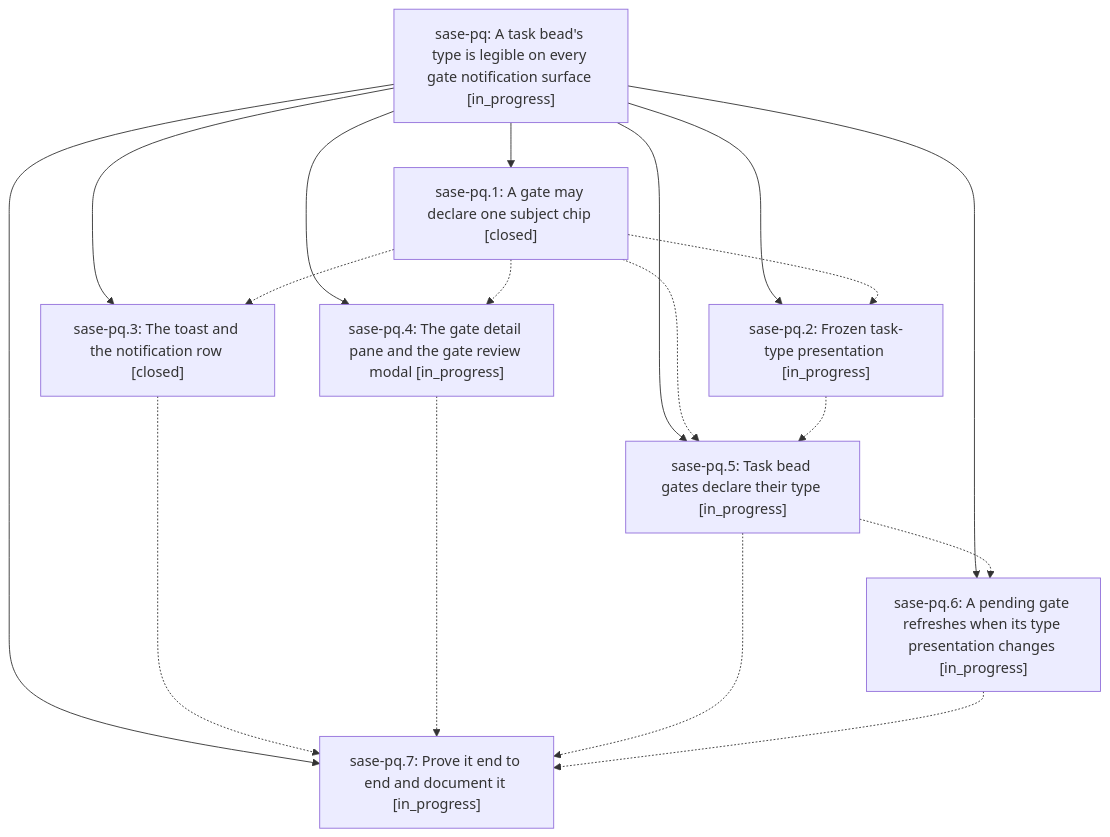
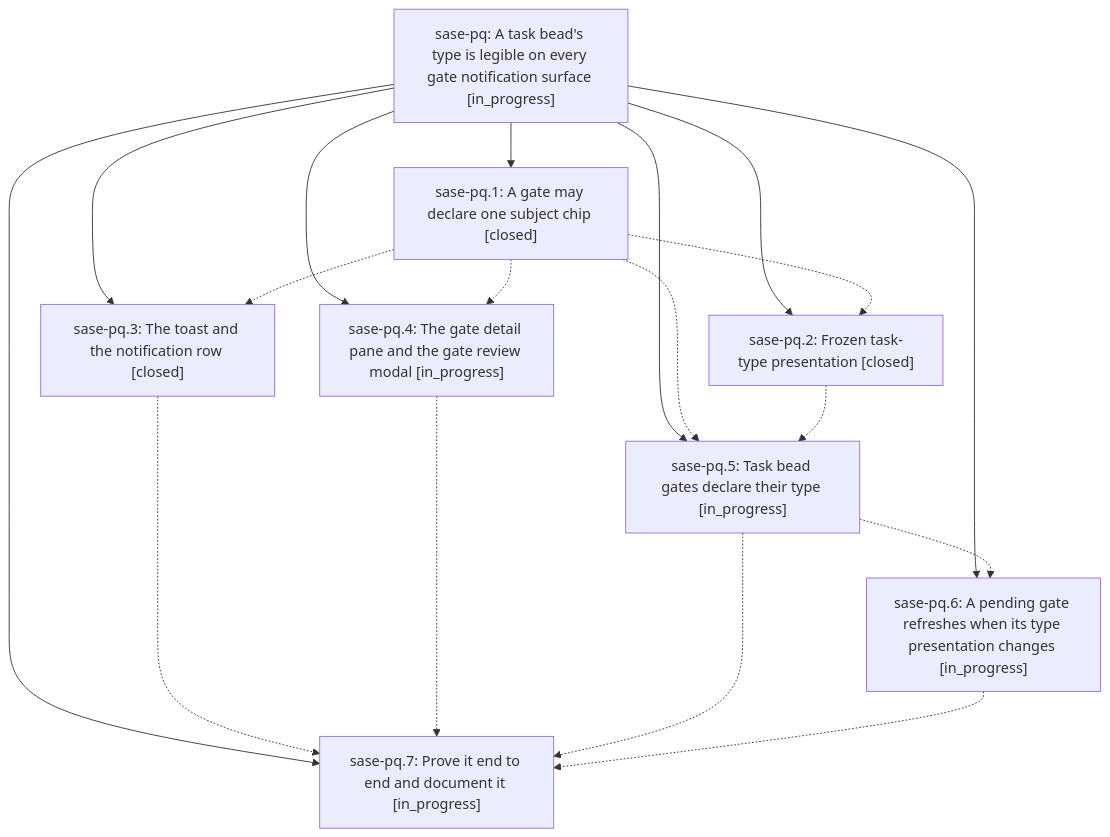
The diagram in pages/sase-pq/README.md (sase-org/sase--beads), drawn with Mermaid before and after one commit. The commit also changed other lines of this file and 3 other files, not shown here.

````diff
--- a/pages/sase-pq/README.md
+++ b/pages/sase-pq/README.md
@@ -28,28 +28,28 @@
 ```mermaid
 flowchart TD
     n0["sase-pq: A task bead's type is legible on every gate notification surface [in_progress]"]
     n1["sase-pq.1: A gate may declare one subject chip [closed]"]
-    n2["sase-pq.2: Frozen task-type presentation [in_progress]"]
+    n2["sase-pq.2: Frozen task-type presentation [closed]"]
     n3["sase-pq.3: The toast and the notification row [closed]"]
     n4["sase-pq.4: The gate detail pane and the gate review modal [in_progress]"]
     n5["sase-pq.5: Task bead gates declare their type [in_progress]"]
     n6["sase-pq.6: A pending gate refreshes when its type presentation changes [in_progress]"]
     n7["sase-pq.7: Prove it end to end and document it [in_progress]"]
     n0 --> n1
     n0 --> n2
     n0 --> n3
     n0 --> n4
     n0 --> n5
     n0 --> n6
     n0 --> n7
     n1 -.-> n2
     n1 -.-> n3
     n1 -.-> n4
     n1 -.-> n5
     n2 -.-> n5
     n3 -.-> n7
     n4 -.-> n7
     n5 -.-> n6
     n5 -.-> n7
     n6 -.-> n7
 ```
````
